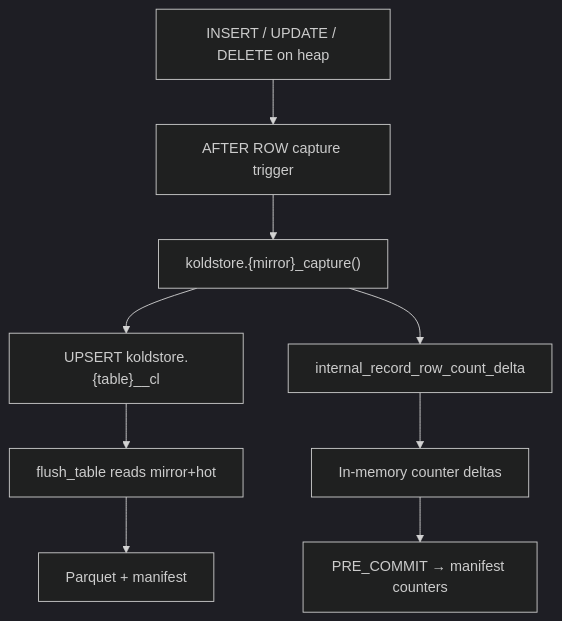
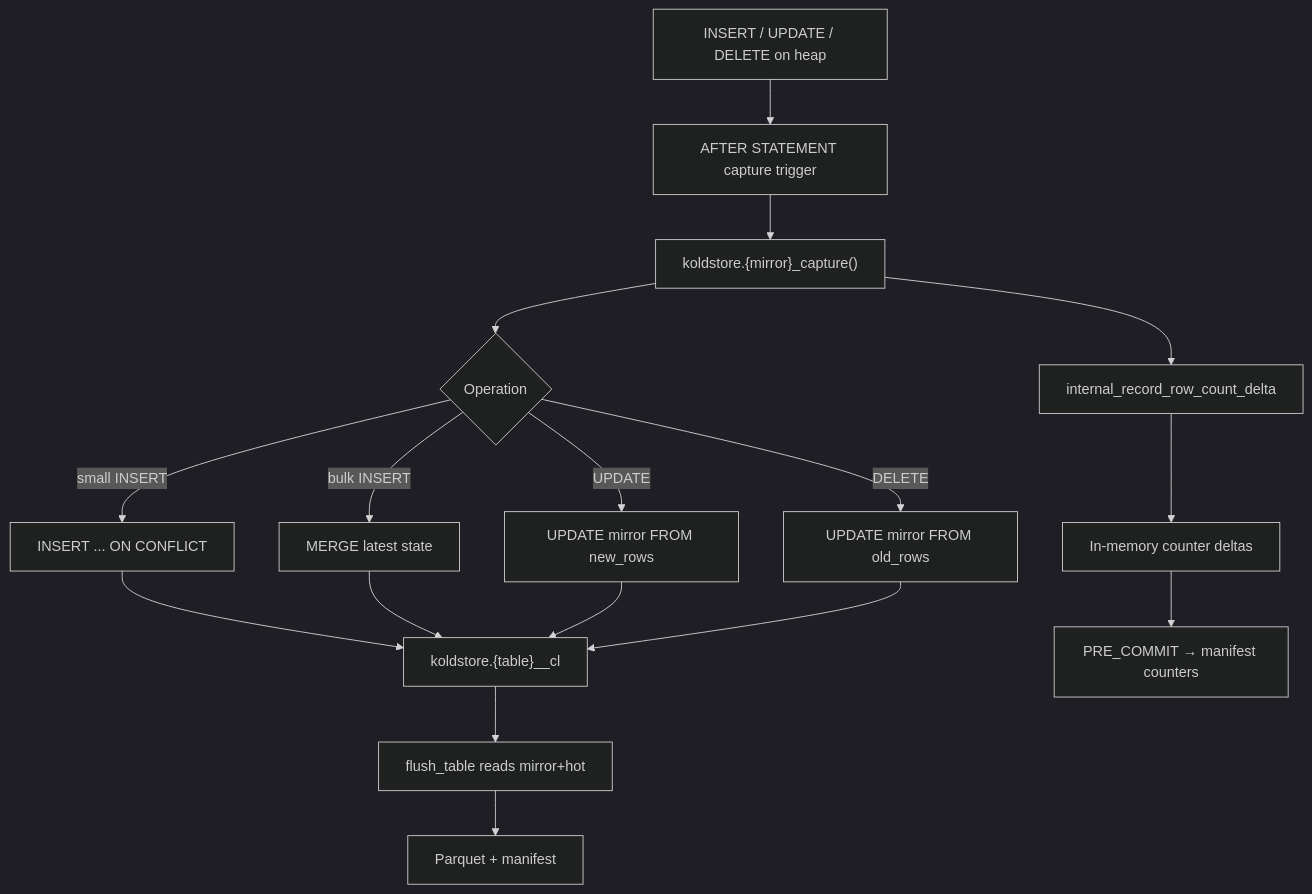
The first of 2 diagrams in docs/architecture/dml-table.md (kalamdb/koldstore), drawn with Mermaid (dark theme) before and after one commit. The commit also changed other lines of this file and 4 other files, not shown here.

First line of the commit message:
docs: explain managed mirror DML performance design

````diff
--- a/docs/architecture/dml-table.md
+++ b/docs/architecture/dml-table.md
@@ -33,11 +34,19 @@
 ```mermaid
 flowchart TD
-  DML["INSERT / UPDATE / DELETE on heap"] --> TRG["AFTER ROW capture trigger"]
+  DML["INSERT / UPDATE / DELETE on heap"] --> TRG["AFTER STATEMENT capture trigger"]
   TRG --> CAP["koldstore.{mirror}_capture()"]
-  CAP --> MIR["UPSERT koldstore.{table}__cl"]
+  CAP --> KIND{"Operation"}
+  KIND -->|"small INSERT"| UPSERT["INSERT ... ON CONFLICT"]
+  KIND -->|"bulk INSERT"| MERGE["MERGE latest state"]
+  KIND -->|"UPDATE"| DIRECTU["UPDATE mirror FROM new_rows"]
+  KIND -->|"DELETE"| DIRECTD["UPDATE mirror FROM old_rows"]
+  UPSERT --> MIR["koldstore.{table}__cl"]
+  MERGE --> MIR
+  DIRECTU --> MIR
+  DIRECTD --> MIR
   CAP --> RC["internal_record_row_count_delta"]
   RC --> MEM["In-memory counter deltas"]
   MEM --> XACT["PRE_COMMIT → manifest counters"]
   MIR --> FLUSH["flush_table reads mirror+hot"]
   FLUSH --> PQ["Parquet + manifest"]
 ```
````
